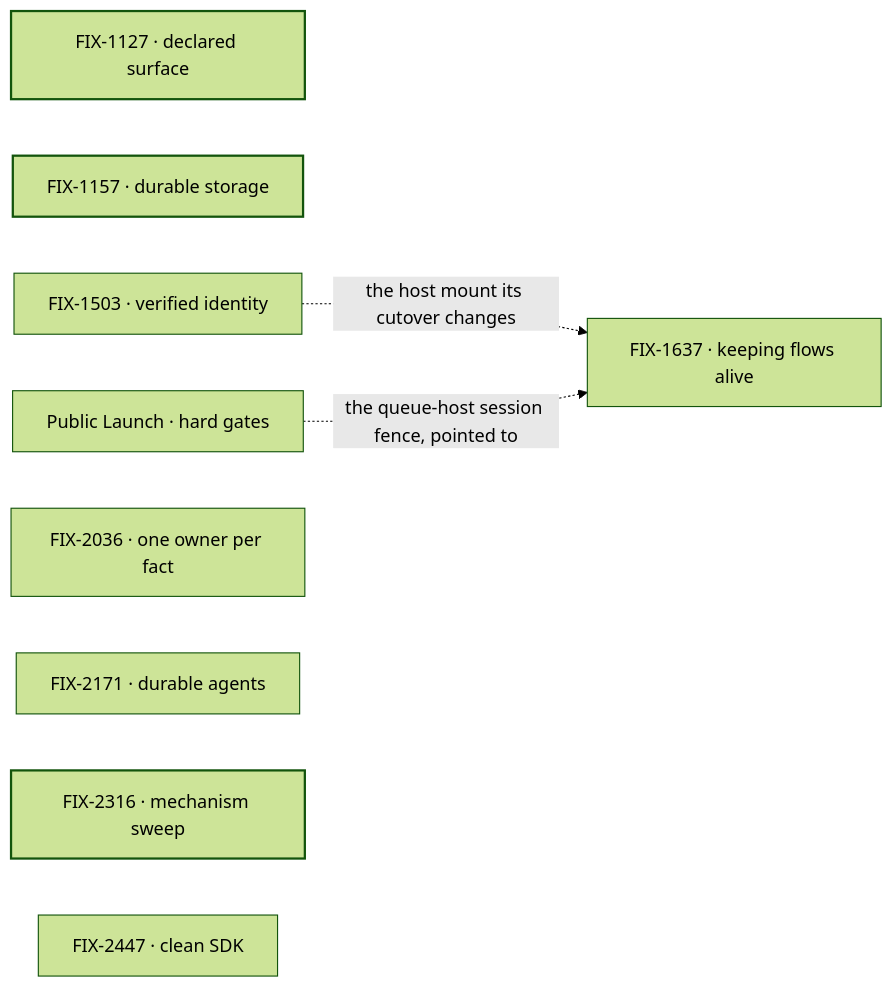
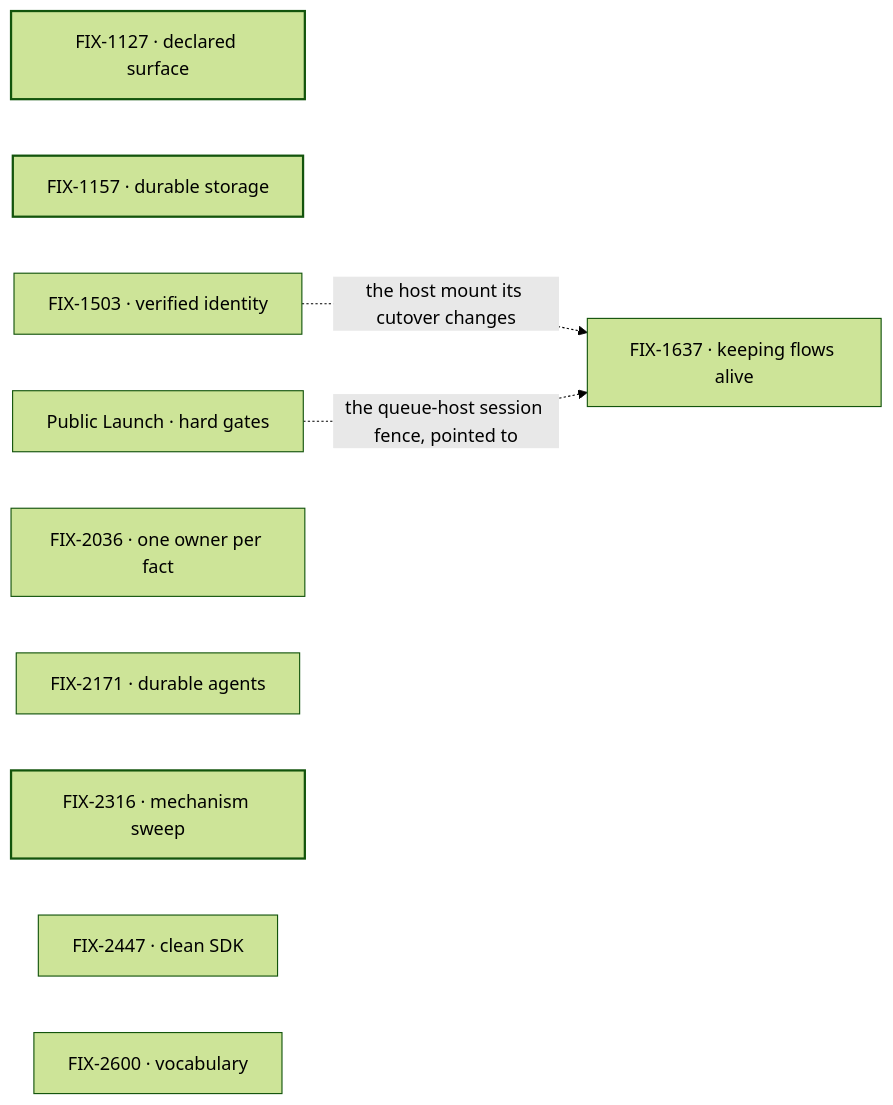
The diagram in spec/_projects/framework-simplification-and-cleanup/SPEC.md (fixpoint-labs/flow-state-dev), drawn with Mermaid (forest theme) before and after one commit. The commit also changed other lines of this file and 2 other files, not shown here.

````diff
--- a/spec/_projects/framework-simplification-and-cleanup/SPEC.md
+++ b/spec/_projects/framework-simplification-and-cleanup/SPEC.md
@@ -47,14 +48,15 @@
 ```mermaid
 flowchart LR
   A["FIX-1127 · declared surface"]
   B["FIX-1157 · durable storage"]
   C["FIX-1503 · verified identity"] -.->|"the host mount its cutover changes"| D["FIX-1637 · keeping flows alive"]
   E["Public Launch · hard gates"] -.->|"the queue-host session fence, pointed to"| D
   F["FIX-2036 · one owner per fact"]
   G["FIX-2171 · durable agents"]
   H["FIX-2316 · mechanism sweep"]
   I["FIX-2447 · clean SDK"]
+  J["FIX-2600 · vocabulary"]
   classDef done stroke-width:2px
   classDef proposed stroke-dasharray:4 3
   class A,B,H done
 ```
````
